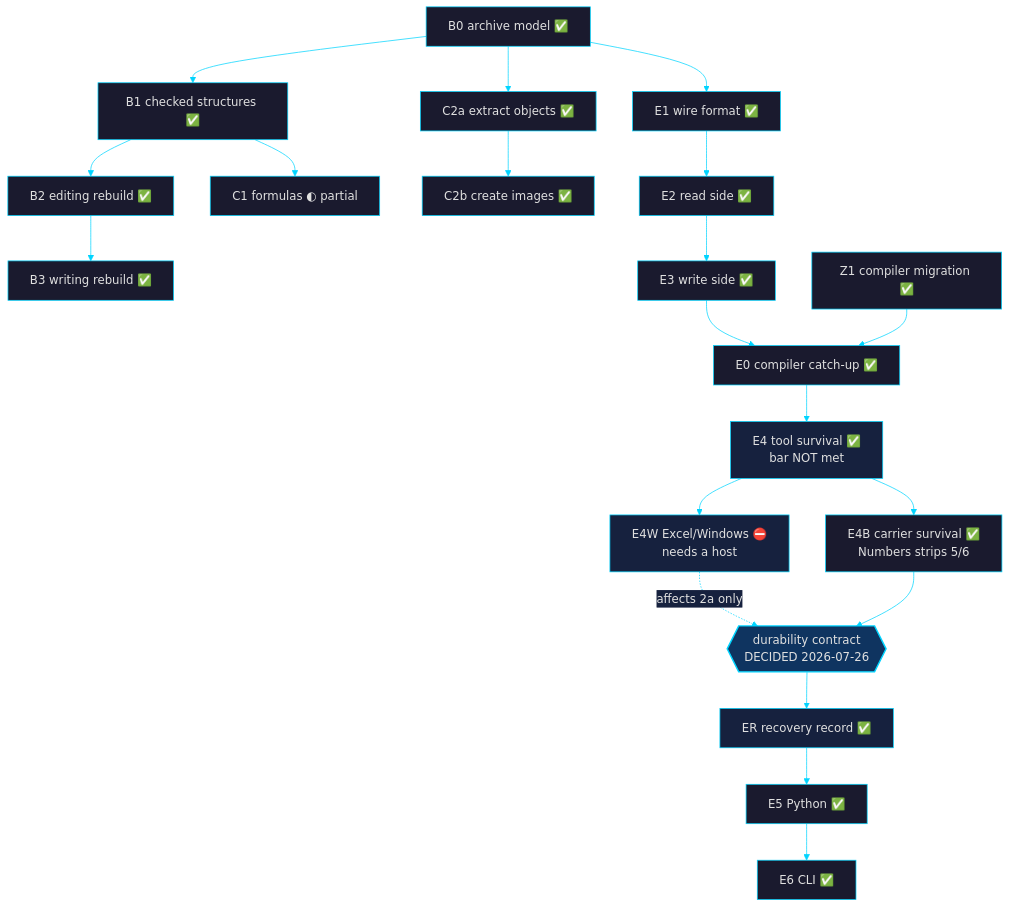
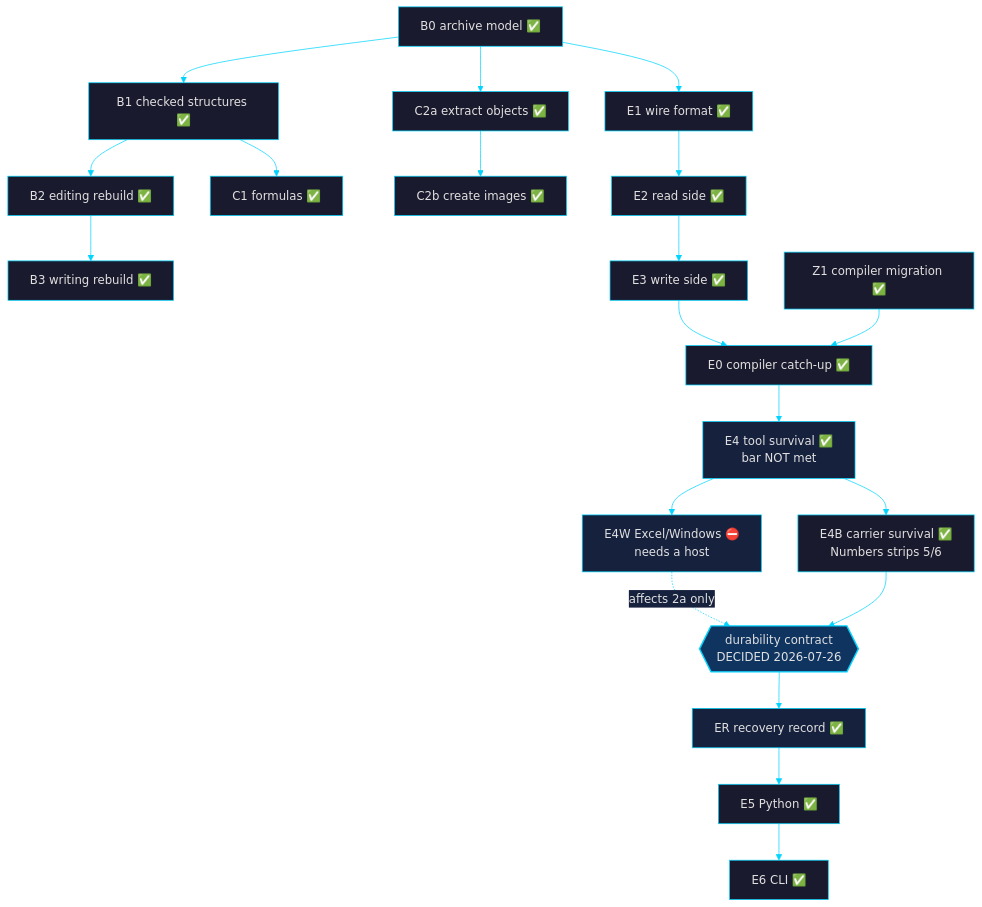
Before and after one commit to laurentfabre/zlsx: the diagram in goal_plan.md, drawn with Mermaid. The commit also changed other lines of this file, not shown here.

Commit message:
goal_plan: close the C1 row on the text-in-formulas ruling (#195)
The row's last item was "text inside formulas". #194 settled it as a
decision rather than a build: Excel never rewrites string literals on a
structural edit — INDIRECT("A5") still spelling A5 after rows move is
the documented reason the function is used — and only the directly
spelled literal is statically knowable, so rewriting it would split one
intent along how it happened to be written. Partial coverage there is an
observable semantic split, not incomplete optimization.

So the row records the ruling and its three pin layers (rewriter token
invariance, per-carrier workbook sweeps, and the evaluation test where
the rewritten cell answers 55 while the untouched literal answers 44),
and flips partial -> done. Nothing is left unbuilt in C1; what remains
undone is deliberate, and stated as such.

Docs only.

Agent: claude-opus-5
Claude-Session: https://claude.ai/code/session_01G7ssh5zkhCLAp93mTZvYoC

````diff
--- a/goal_plan.md
+++ b/goal_plan.md
@@ -80,29 +80,29 @@
 ```mermaid
 %%{init: {'theme': 'base', 'themeVariables': {'primaryColor': '#1a1a2e', 'primaryTextColor': '#e0e0e0', 'primaryBorderColor': '#00d4ff', 'lineColor': '#00d4ff', 'secondaryColor': '#16213e', 'tertiaryColor': '#0f3460', 'fontFamily': 'monospace'}}}%%
 graph TD
     B0["B0 archive model ✅"] --> B1["B1 checked structures ✅"]
     B1 --> B2["B2 editing rebuild ✅"]
     B2 --> B3["B3 writing rebuild ✅"]
     B0 --> C2a["C2a extract objects ✅"]
     C2a --> C2b["C2b create images ✅"]
-    B1 --> C1["C1 formulas ◐ partial"]
+    B1 --> C1["C1 formulas ✅"]
 
     B0 --> E1["E1 wire format ✅"]
     E1 --> E2["E2 read side ✅"]
     E2 --> E3["E3 write side ✅"]
     Z1["Z1 compiler migration ✅"] --> E0["E0 compiler catch-up ✅"]
     E3 --> E0
     E0 --> E4["E4 tool survival ✅<br/>bar NOT met"]
     E4 --> E4W["E4W Excel/Windows ⛔<br/>needs a host"]
     E4 --> E4B["E4B carrier survival ✅<br/>Numbers strips 5/6"]
     E4B --> DEC{{"durability contract<br/>DECIDED 2026-07-26"}}
     E4W -.->|"affects 2a only"| DEC
     DEC --> ER["ER recovery record ✅"]
     ER --> E5["E5 Python ✅"]
     E5 --> E6["E6 CLI ✅"]
 
     style DEC fill:#0f3460,stroke:#00d4ff,stroke-width:2px
     style E4 fill:#16213e
     style E4W fill:#16213e
     style ER fill:#16213e
 ```
````
